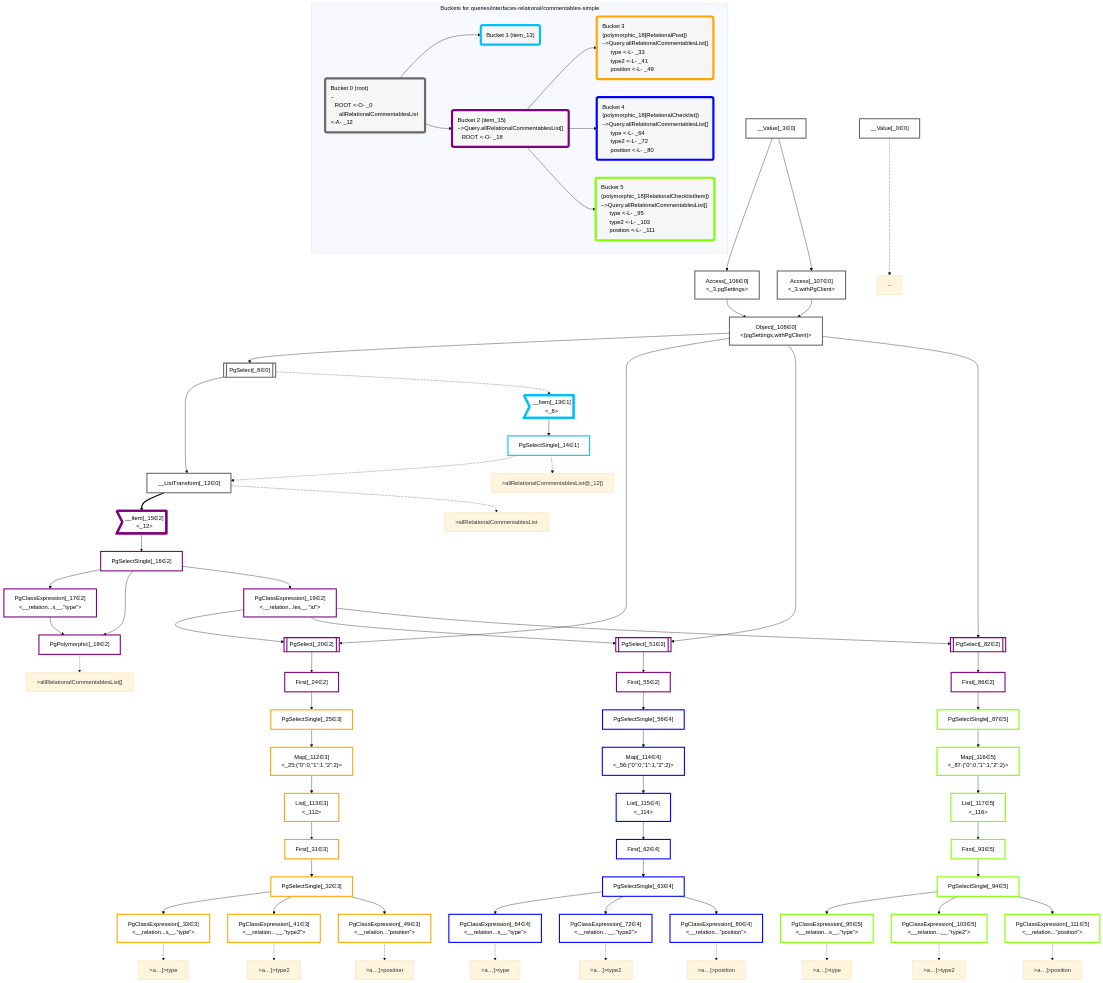
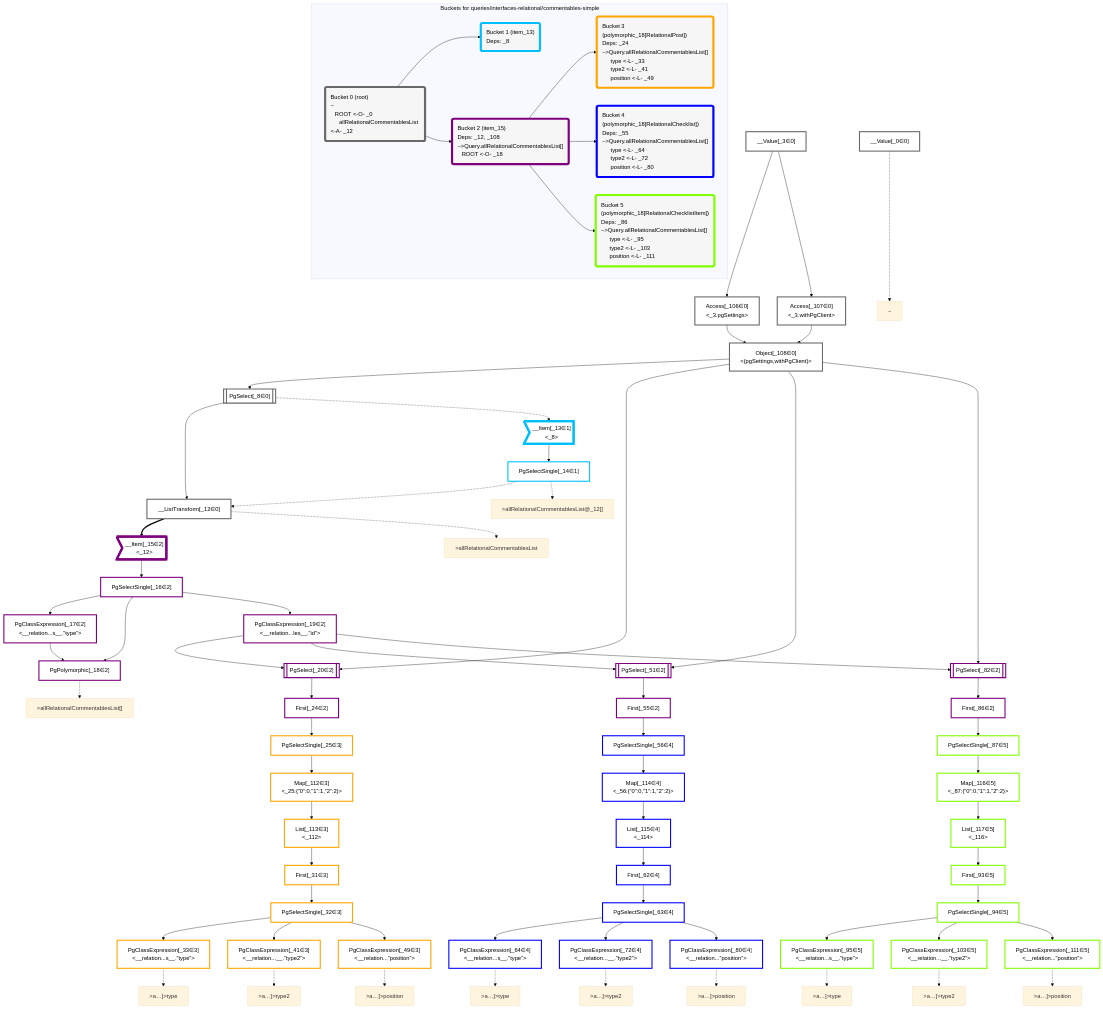
Before and after one commit to graphile/crystal: the diagram in packages/dataplan-pg/__tests__/queries/interfaces-relational/commentables-simple.deopt.mermaid.md, drawn with Mermaid (base theme). The commit also changed 157 other files, not shown here.

Commit message:
Add deps to all query snapshots

```diff
--- a/packages/dataplan-pg/__tests__/queries/interfaces-relational/commentables-simple.deopt.mermaid.md
+++ b/packages/dataplan-pg/__tests__/queries/interfaces-relational/commentables-simple.deopt.mermaid.md
@@ -148,19 +148,19 @@
     subgraph "Buckets for queries/interfaces-relational/commentables-simple"
     Bucket0("Bucket 0 (root)<br />~<br />⠀ROOT <-O- _0<br />⠀⠀allRelationalCommentablesList <-A- _12"):::bucket
     style Bucket0 stroke:#696969
-    Bucket1("Bucket 1 (item_13)"):::bucket
+    Bucket1("Bucket 1 (item_13)<br />Deps: _8"):::bucket
     style Bucket1 stroke:#00bfff
     Bucket0 --> Bucket1
-    Bucket2("Bucket 2 (item_15)<br />~>Query.allRelationalCommentablesList[]<br />⠀ROOT <-O- _18"):::bucket
+    Bucket2("Bucket 2 (item_15)<br />Deps: _12, _108<br />~>Query.allRelationalCommentablesList[]<br />⠀ROOT <-O- _18"):::bucket
     style Bucket2 stroke:#7f007f
     Bucket0 --> Bucket2
-    Bucket3("Bucket 3 (polymorphic_18[RelationalPost])<br />~>Query.allRelationalCommentablesList[]<br />⠀⠀type <-L- _33<br />⠀⠀type2 <-L- _41<br />⠀⠀position <-L- _49"):::bucket
+    Bucket3("Bucket 3 (polymorphic_18[RelationalPost])<br />Deps: _24<br />~>Query.allRelationalCommentablesList[]<br />⠀⠀type <-L- _33<br />⠀⠀type2 <-L- _41<br />⠀⠀position <-L- _49"):::bucket
     style Bucket3 stroke:#ffa500
     Bucket2 --> Bucket3
-    Bucket4("Bucket 4 (polymorphic_18[RelationalChecklist])<br />~>Query.allRelationalCommentablesList[]<br />⠀⠀type <-L- _64<br />⠀⠀type2 <-L- _72<br />⠀⠀position <-L- _80"):::bucket
+    Bucket4("Bucket 4 (polymorphic_18[RelationalChecklist])<br />Deps: _55<br />~>Query.allRelationalCommentablesList[]<br />⠀⠀type <-L- _64<br />⠀⠀type2 <-L- _72<br />⠀⠀position <-L- _80"):::bucket
     style Bucket4 stroke:#0000ff
     Bucket2 --> Bucket4
-    Bucket5("Bucket 5 (polymorphic_18[RelationalChecklistItem])<br />~>Query.allRelationalCommentablesList[]<br />⠀⠀type <-L- _95<br />⠀⠀type2 <-L- _103<br />⠀⠀position <-L- _111"):::bucket
+    Bucket5("Bucket 5 (polymorphic_18[RelationalChecklistItem])<br />Deps: _86<br />~>Query.allRelationalCommentablesList[]<br />⠀⠀type <-L- _95<br />⠀⠀type2 <-L- _103<br />⠀⠀position <-L- _111"):::bucket
     style Bucket5 stroke:#7fff00
     Bucket2 --> Bucket5
     end
```
